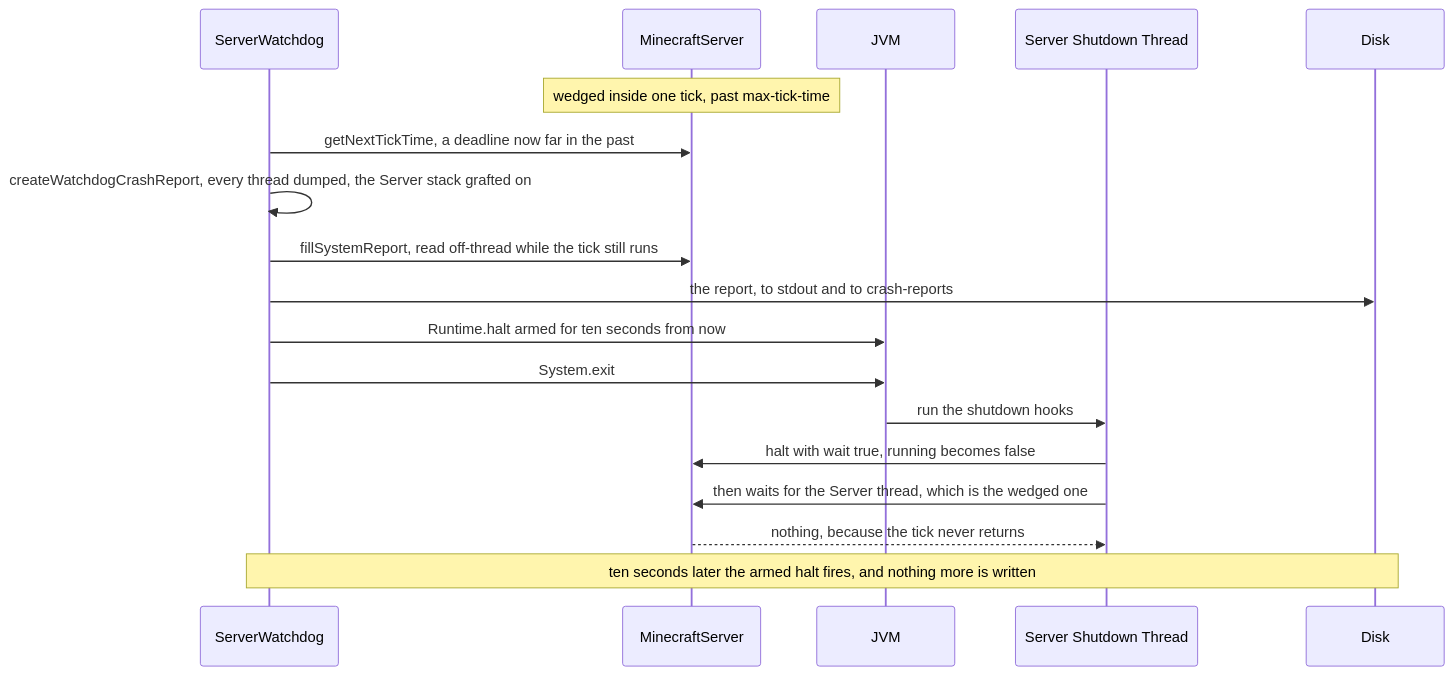
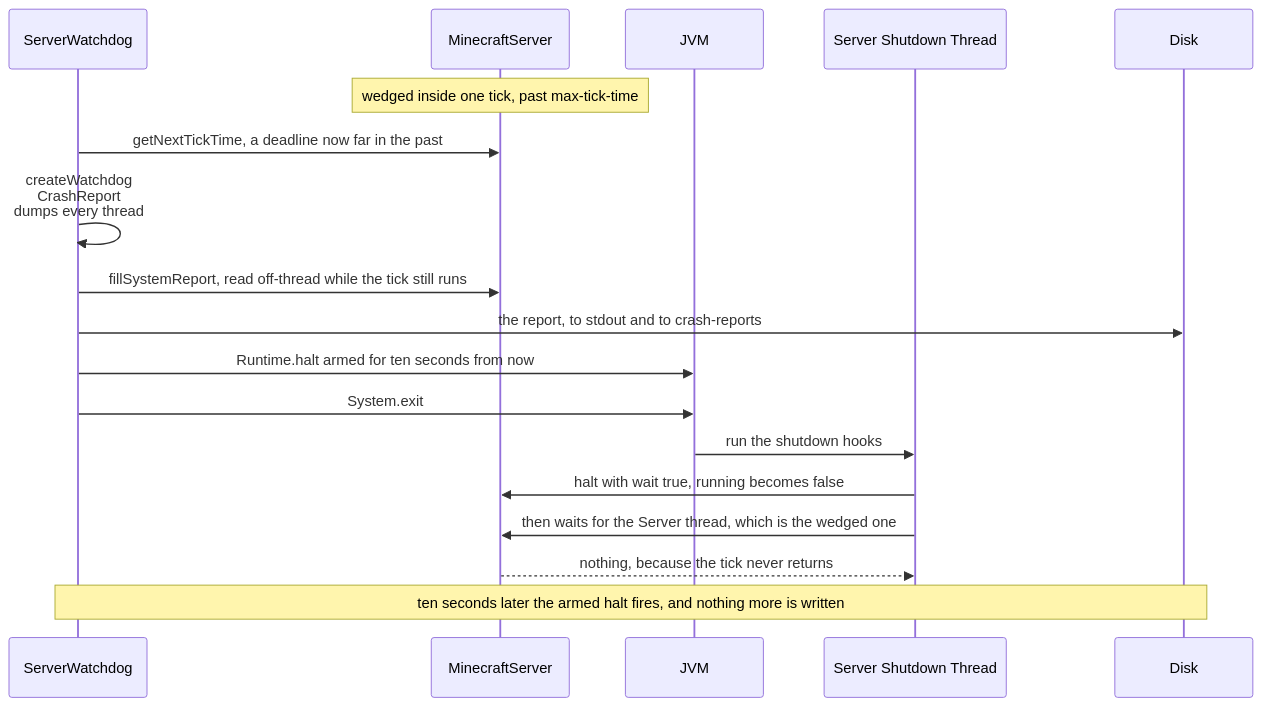
One commit to AlexanderjFraser/MinecraftDocs changed the second of 2 diagrams in src/systems/server/how-a-server-dies.md. Above: the diagram before and after it, drawn with Mermaid. The commit also changed 55 other files, not shown here.

First line of the commit message:
pass 7, session O — the close, before K: the figure gate strict, the landing figures read as one set, and one strike in thirty not borne out

````diff
--- a/src/systems/server/how-a-server-dies.md
+++ b/src/systems/server/how-a-server-dies.md
@@ -281,21 +281,21 @@
 ```mermaid
 sequenceDiagram
     participant SW as ServerWatchdog
     participant MS as MinecraftServer
     participant JVM
     participant Hook as Server Shutdown Thread
     participant Disk
 
     Note over MS: wedged inside one tick, past max-tick-time
     SW->>MS: getNextTickTime, a deadline now far in the past
-    SW->>SW: createWatchdogCrashReport, every thread dumped, the Server stack grafted on
+    SW->>SW: createWatchdog<br/>CrashReport<br/>dumps every thread
     SW->>MS: fillSystemReport, read off-thread while the tick still runs
     SW->>Disk: the report, to stdout and to crash-reports
     SW->>JVM: Runtime.halt armed for ten seconds from now
     SW->>JVM: System.exit
     JVM->>Hook: run the shutdown hooks
     Hook->>MS: halt with wait true, running becomes false
     Hook->>MS: then waits for the Server thread, which is the wedged one
     MS-->>Hook: nothing, because the tick never returns
     Note over SW,Disk: ten seconds later the armed halt fires, and nothing more is written
 ```
````
